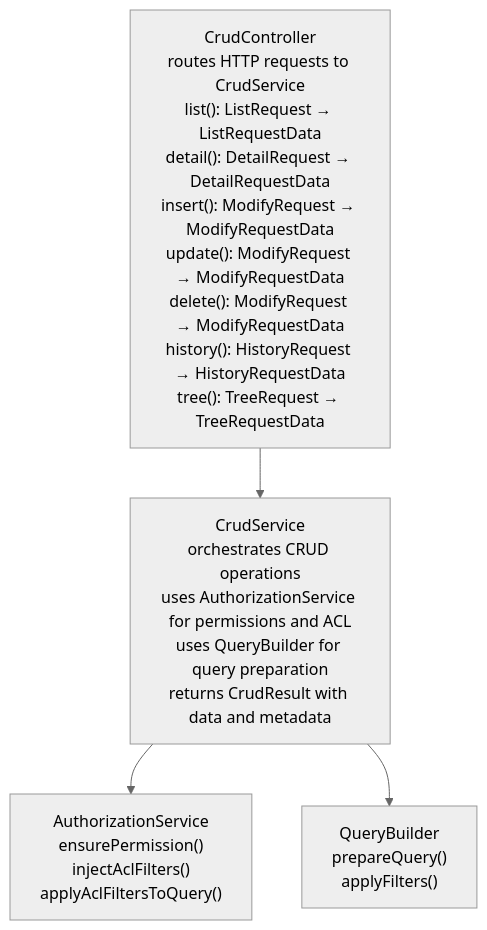
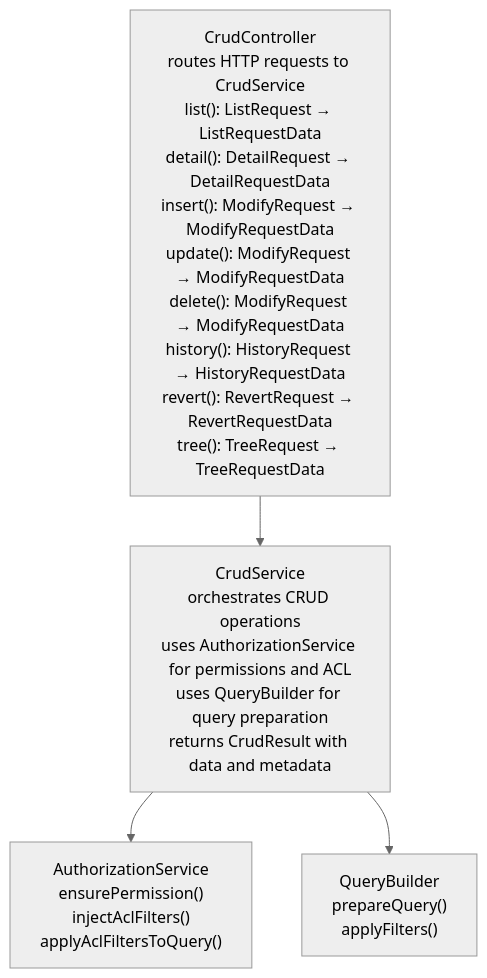
Before and after one commit to getlaraplate/laracore: the first of 2 diagrams in docs/CRUD_SYSTEM.md, drawn with Mermaid (neutral theme). The commit also changed other lines of this file and 2 other files, not shown here.

First line of the commit message:
docs(crud): the revert route and the history permission

````diff
--- a/docs/CRUD_SYSTEM.md
+++ b/docs/CRUD_SYSTEM.md
@@ -24,10 +24,10 @@
 ```mermaid
 flowchart TD
-    controller["CrudController<br/>routes HTTP requests to CrudService<br/>list(): ListRequest → ListRequestData<br/>detail(): DetailRequest → DetailRequestData<br/>insert(): ModifyRequest → ModifyRequestData<br/>update(): ModifyRequest → ModifyRequestData<br/>delete(): ModifyRequest → ModifyRequestData<br/>history(): HistoryRequest → HistoryRequestData<br/>tree(): TreeRequest → TreeRequestData"]
+    controller["CrudController<br/>routes HTTP requests to CrudService<br/>list(): ListRequest → ListRequestData<br/>detail(): DetailRequest → DetailRequestData<br/>insert(): ModifyRequest → ModifyRequestData<br/>update(): ModifyRequest → ModifyRequestData<br/>delete(): ModifyRequest → ModifyRequestData<br/>history(): HistoryRequest → HistoryRequestData<br/>revert(): RevertRequest → RevertRequestData<br/>tree(): TreeRequest → TreeRequestData"]
     service["CrudService<br/>orchestrates CRUD operations<br/>uses AuthorizationService for permissions and ACL<br/>uses QueryBuilder for query preparation<br/>returns CrudResult with data and metadata"]
     auth["AuthorizationService<br/>ensurePermission()<br/>injectAclFilters()<br/>applyAclFiltersToQuery()"]
     qb["QueryBuilder<br/>prepareQuery()<br/>applyFilters()"]
     controller --> service
     service --> auth
     service --> qb
 ```
````
